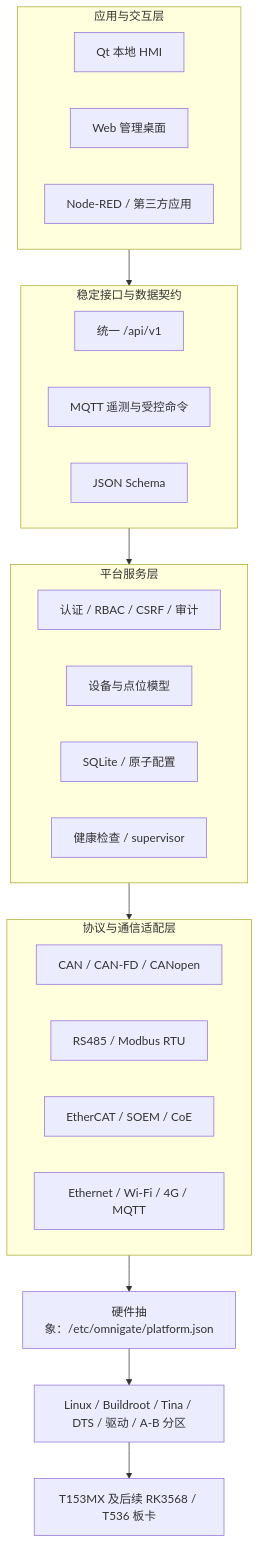
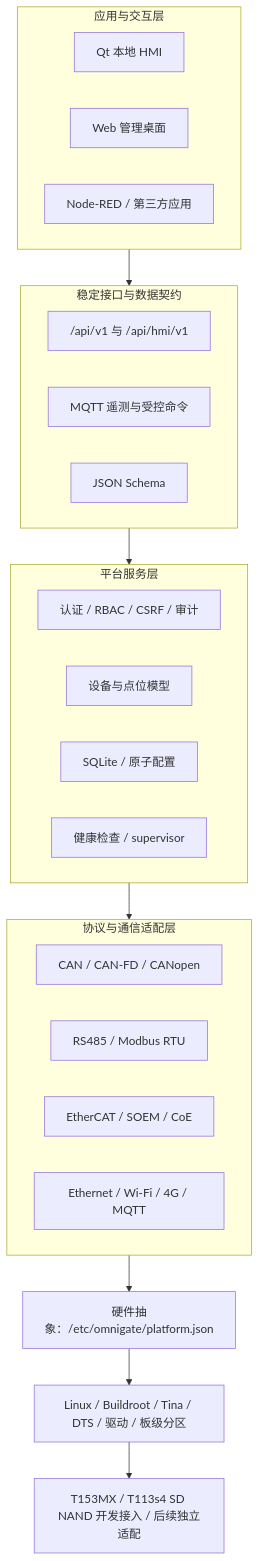
Before and after one commit to dshanpi/DshanControl: the diagram in docs/system-architecture.md, drawn with Mermaid. The commit also changed other lines of this file and 87 other files, not shown here.

````diff
--- a/docs/system-architecture.md
+++ b/docs/system-architecture.md
@@ -8,30 +8,30 @@
 ```mermaid
 flowchart TB
   subgraph APP[应用与交互层]
     HMI[Qt 本地 HMI]
     WEB[Web 管理桌面]
     NR[Node-RED / 第三方应用]
   end
   subgraph CONTRACT[稳定接口与数据契约]
-    API[统一 /api/v1]
+    API["/api/v1 与 /api/hmi/v1"]
     MQTT[MQTT 遥测与受控命令]
     SCHEMA[JSON Schema]
   end
   subgraph PLATFORM[平台服务层]
     AUTH[认证 / RBAC / CSRF / 审计]
     MODEL[设备与点位模型]
     STORE[SQLite / 原子配置]
     HEALTH[健康检查 / supervisor]
   end
   subgraph ADAPTER[协议与通信适配层]
     CAN[CAN / CAN-FD / CANopen]
     MODBUS[RS485 / Modbus RTU]
     ECAT[EtherCAT / SOEM / CoE]
     NET[Ethernet / Wi-Fi / 4G / MQTT]
   end
   MANIFEST[硬件抽象：/etc/omnigate/platform.json]
-  BOARD[Linux / Buildroot / Tina / DTS / 驱动 / A-B 分区]
-  HW[T153MX 及后续 RK3568 / T536 板卡]
+  BOARD[Linux / Buildroot / Tina / DTS / 驱动 / 板级分区]
+  HW[T153MX / T113s4 SD NAND 开发接入 / 后续独立适配]
 
   APP --> CONTRACT --> PLATFORM --> ADAPTER --> MANIFEST --> BOARD --> HW
 ```
````
